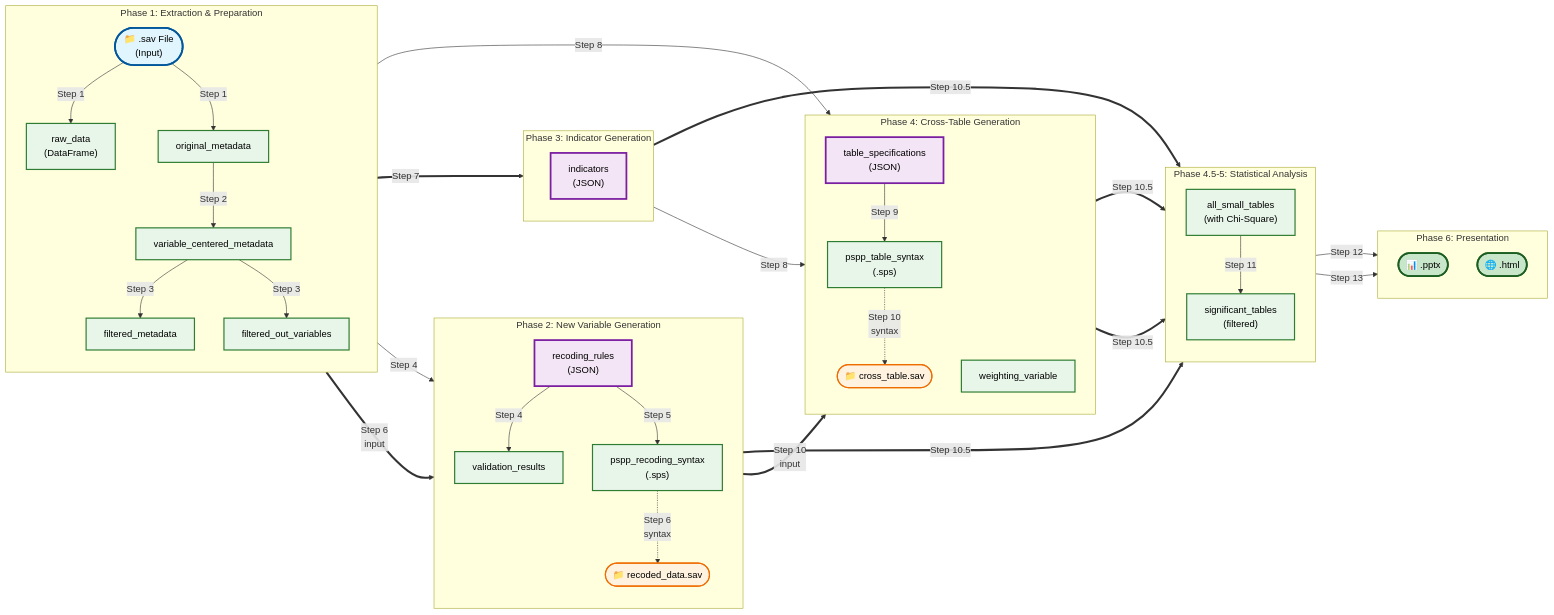
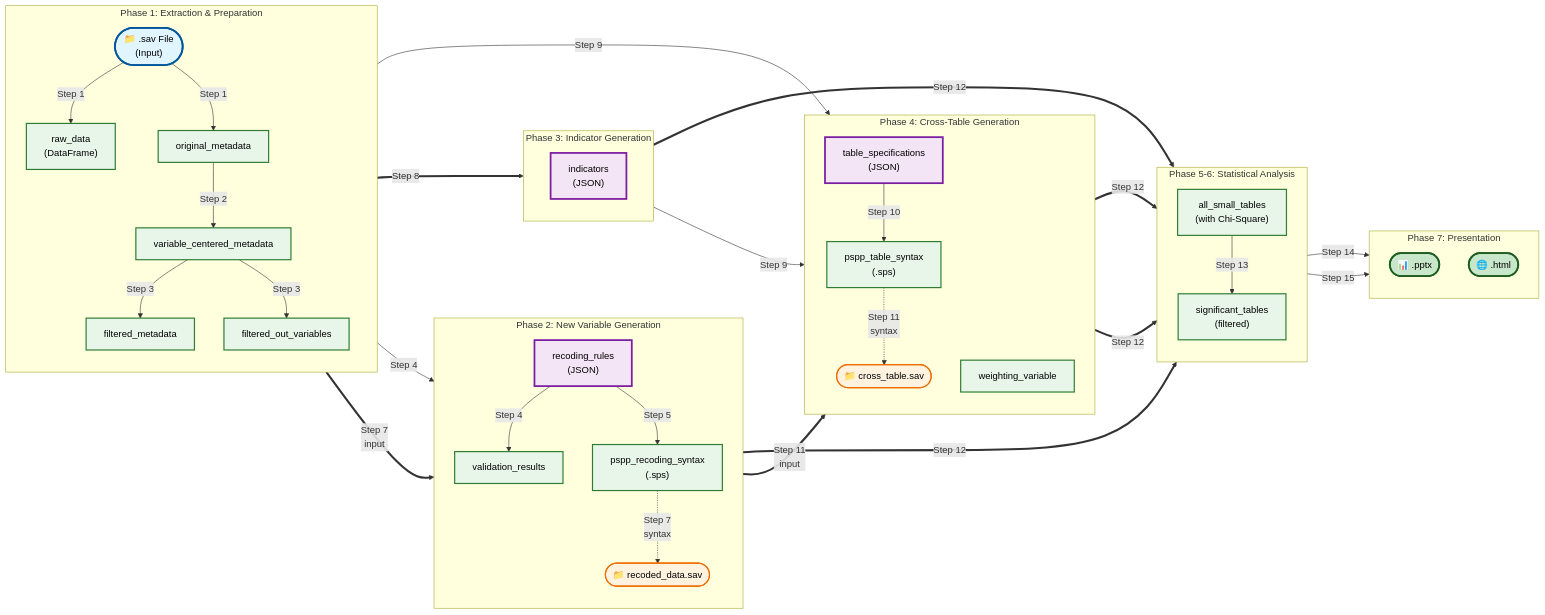
The second of 2 diagrams in SURVEY_ANALYSIS_WORKFLOW_DESIGN.md (abcxyzx0099/datachat), drawn with Mermaid before and after one commit. The commit also changed other lines of this file, not shown here.

````diff
--- a/SURVEY_ANALYSIS_WORKFLOW_DESIGN.md
+++ b/SURVEY_ANALYSIS_WORKFLOW_DESIGN.md
@@ -164,15 +164,15 @@
         sav3(["📁 cross_table.sav"]):::dataFileStyle
     end
 
-    %% Phase 4.5 & 5: Statistical Analysis & Filtering
-    subgraph P5["Phase 4.5-5: Statistical Analysis"]
+    %% Phase 5 & 6: Statistical Analysis & Filtering
+    subgraph P5["Phase 5-6: Statistical Analysis"]
         direction TB
         allTables["all_small_tables<br/>(with Chi-Square)"]:::traditionalStyle
         sigTables["significant_tables<br/>(filtered)"]:::traditionalStyle
     end
 
-    %% Phase 6: Presentation
-    subgraph P6["Phase 6: Presentation"]
+    %% Phase 7: Presentation
+    subgraph P7["Phase 7: Presentation"]
         direction TB
         ppt(["📊 .pptx"]):::outputStyle
         html(["🌐 .html"]):::outputStyle
@@ -187,19 +187,19 @@
     filtMeta -->|Step 4| recodingRules
     recodingRules -->|Step 4| validationResults
     recodingRules -->|Step 5| psppRecodeSyntax
-    sav1 ==>|Step 6<br/>input| sav2
-    psppRecodeSyntax -.->|Step 6<br/>syntax| sav2
-    varMeta ==>|Step 7| indicators
-    indicators -->|Step 8| tableSpecs
-    varMeta -->|Step 8| weightVar
-    tableSpecs -->|Step 9| psppTableSyntax
-    sav2 ==>|Step 10<br/>input| sav3
-    psppTableSyntax -.->|Step 10<br/>syntax| sav3
-    sav2 ==>|Step 10.5| allTables
-    indicators ==>|Step 10.5| allTables
-    tableSpecs ==>|Step 10.5| allTables
-    weightVar ==>|Step 10.5| allTables
-    allTables -->|Step 11| sigTables
-    sigTables -->|Step 12| ppt
-    sigTables -->|Step 13| html
+    sav1 ==>|Step 7<br/>input| sav2
+    psppRecodeSyntax -.->|Step 7<br/>syntax| sav2
+    varMeta ==>|Step 8| indicators
+    indicators -->|Step 9| tableSpecs
+    varMeta -->|Step 9| weightVar
+    tableSpecs -->|Step 10| psppTableSyntax
+    sav2 ==>|Step 11<br/>input| sav3
+    psppTableSyntax -.->|Step 11<br/>syntax| sav3
+    sav2 ==>|Step 12| allTables
+    indicators ==>|Step 12| allTables
+    tableSpecs ==>|Step 12| allTables
+    weightVar ==>|Step 12| allTables
+    allTables -->|Step 13| sigTables
+    sigTables -->|Step 14| ppt
+    sigTables -->|Step 15| html
 ```
````
